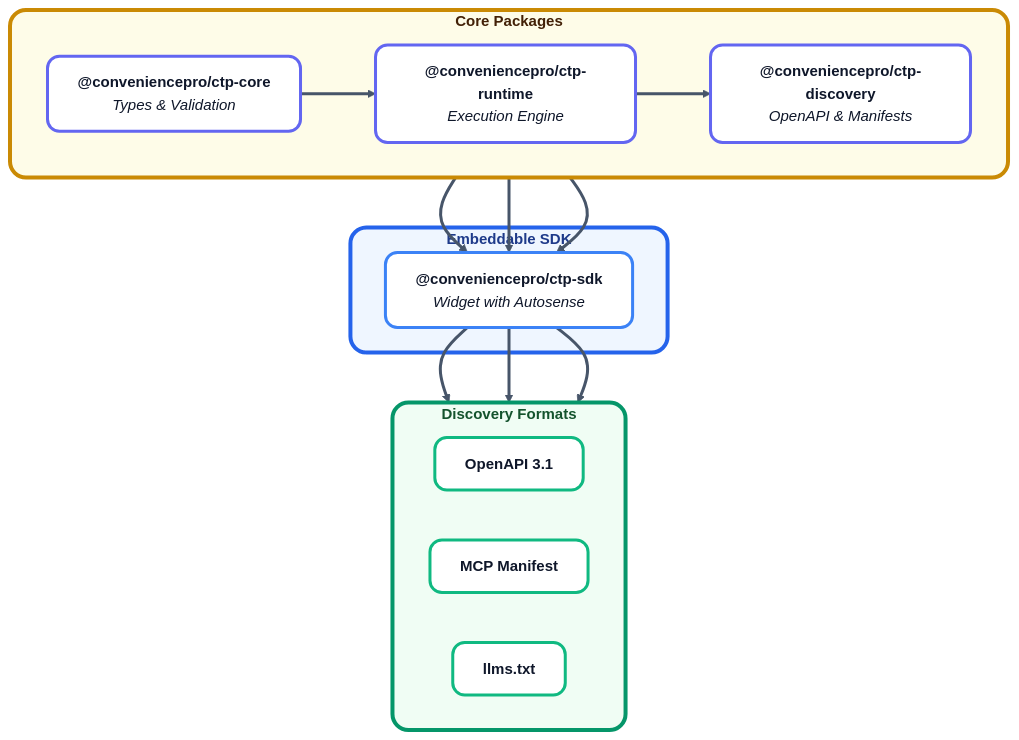
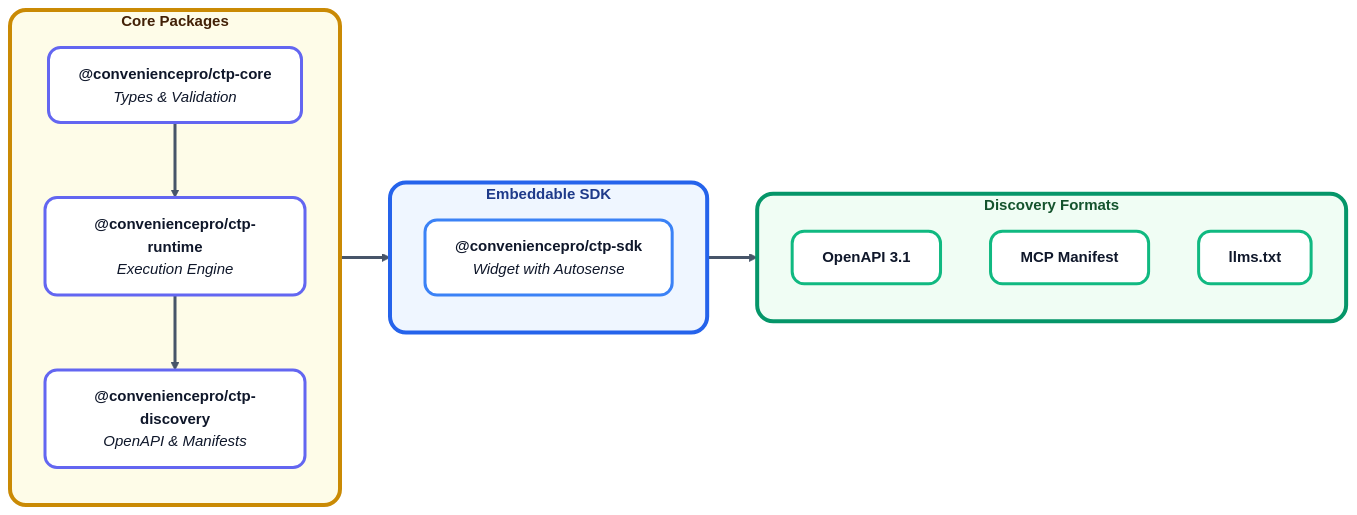
One commit to titan-alpha/docs changed the diagram in index.mdx. Above: the diagram before and after it, drawn with Mermaid.

Commit message:
fix: Switch architecture diagram to horizontal layout
Resolves title overlap issue by changing from vertical (TB) to
horizontal (LR) layout, following industry standard conventions.

Changes:
- Main flow: Left-to-right (LR) instead of top-to-bottom (TB)
- Subgraphs: Internal stacking remains vertical (TB)
- Connections: Group-level arrows (core → sdk → output)
- Layout: [Core Packages] → [SDK] → [Formats]

Benefits:
✅ Titles clearly visible - no line overlap
✅ Follows npm/cargo dependency diagram conventions
✅ Natural left-to-right reading flow
✅ Better use of horizontal screen space
✅ Cleaner, more professional appearance

The horizontal layout is the standard for:
- Package dependency diagrams (npm, pip, cargo)
- System architecture diagrams
- Data flow visualizations
- CI/CD pipeline diagrams

🤖 Generated with [Claude Code](https://claude.com/claude-code)

````diff
--- a/index.mdx
+++ b/index.mdx
@@ -69,45 +69,39 @@
 ```mermaid
 %%{init: {'theme':'base', 'themeVariables': { 'primaryColor':'#ffffff','primaryTextColor':'#0f172a','primaryBorderColor':'#6366f1','lineColor':'#475569','secondaryColor':'#f8fafc','tertiaryColor':'#fefce8','clusterBkg':'#ffffff','clusterBorder':'#cbd5e1','fontSize':'15px','fontFamily':'ui-sans-serif, system-ui, -apple-system, sans-serif'}}}%%
-flowchart TB
+flowchart LR
     subgraph core["<b>Core Packages</b>"]
-        direction LR
+        direction TB
         A["<b>@conveniencepro/ctp-core</b><br/><i>Types & Validation</i>"]
         B["<b>@conveniencepro/ctp-runtime</b><br/><i>Execution Engine</i>"]
         C["<b>@conveniencepro/ctp-discovery</b><br/><i>OpenAPI & Manifests</i>"]
+        A --> B --> C
     end
-
-    A --> B --> C
 
     subgraph sdk["<b>Embeddable SDK</b>"]
         D["<b>@conveniencepro/ctp-sdk</b><br/><i>Widget with Autosense</i>"]
     end
 
-    A --> D
-    B --> D
-    C --> D
-
     subgraph output["<b>Discovery Formats</b>"]
-        direction LR
+        direction TB
         E["<b>OpenAPI 3.1</b>"]
         F["<b>MCP Manifest</b>"]
         G["<b>llms.txt</b>"]
     end
 
-    D --> E
-    D --> F
-    D --> G
+    core --> sdk
+    sdk --> output
 
     classDef coreStyle fill:#ffffff,stroke:#6366f1,stroke-width:3px,color:#0f172a,rx:12,ry:12
     classDef sdkStyle fill:#ffffff,stroke:#3b82f6,stroke-width:3px,color:#0f172a,rx:12,ry:12
     classDef outputStyle fill:#ffffff,stroke:#10b981,stroke-width:3px,color:#0f172a,rx:12,ry:12
 
     class A,B,C coreStyle
     class D sdkStyle
     class E,F,G outputStyle
 
     style core fill:#fefce8,stroke:#ca8a04,stroke-width:4px,stroke-dasharray:0,rx:16,ry:16,color:#422006
     style sdk fill:#eff6ff,stroke:#2563eb,stroke-width:4px,stroke-dasharray:0,rx:16,ry:16,color:#1e3a8a
     style output fill:#f0fdf4,stroke:#059669,stroke-width:4px,stroke-dasharray:0,rx:16,ry:16,color:#14532d
 
     linkStyle default stroke:#475569,stroke-width:3px
 ```
````
